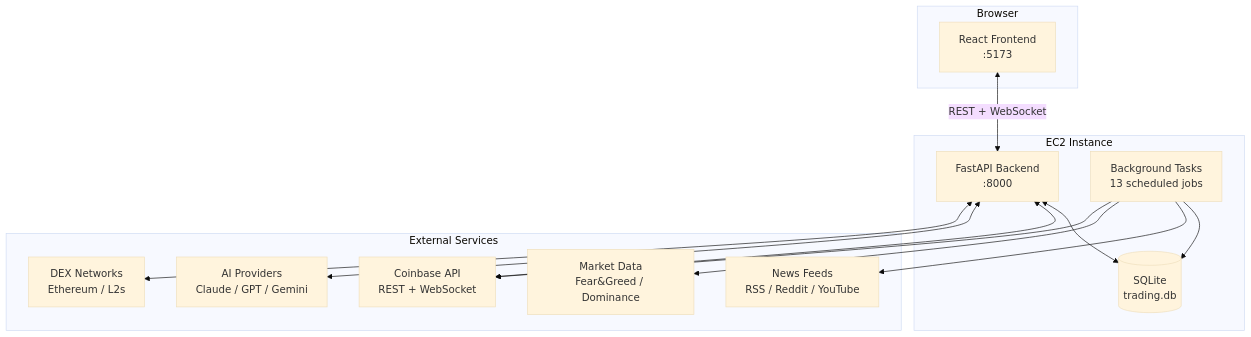
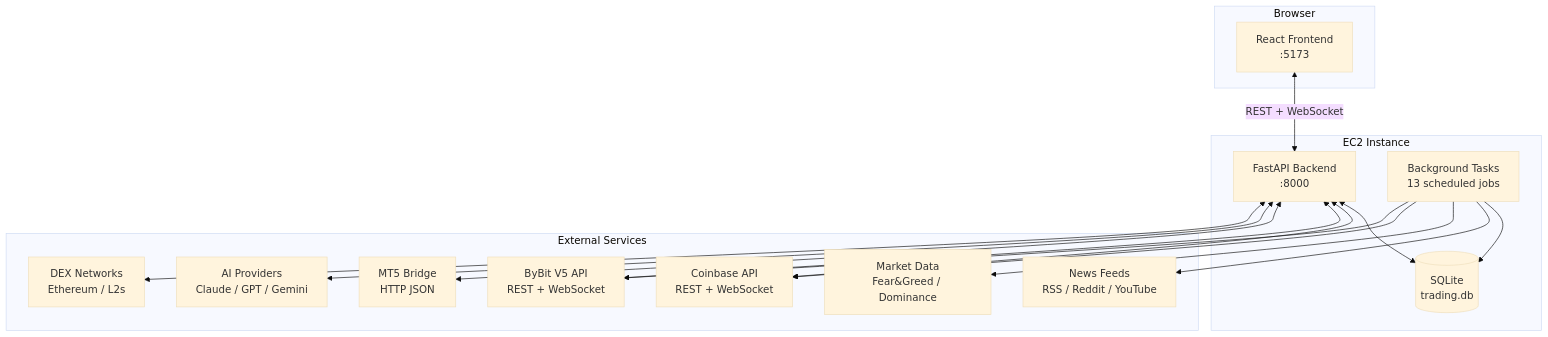
Before and after one commit to lromero74/ZenithGrid: the first of 5 diagrams in docs/ARCHITECTURE.md, drawn with Mermaid (base theme). The commit also changed other lines of this file and 1 other file, not shown here.

First line of the commit message:
Update architecture docs for multi-exchange support

````diff
--- a/docs/ARCHITECTURE.md
+++ b/docs/ARCHITECTURE.md
@@ -27,30 +27,35 @@
 ```mermaid
 graph TB
     subgraph Browser
         FE[React Frontend<br/>:5173]
     end
 
     subgraph "EC2 Instance"
         BE[FastAPI Backend<br/>:8000]
         DB[(SQLite<br/>trading.db)]
         BG[Background Tasks<br/>13 scheduled jobs]
     end
 
     subgraph "External Services"
         CB[Coinbase API<br/>REST + WebSocket]
+        BB[ByBit V5 API<br/>REST + WebSocket]
+        MT5[MT5 Bridge<br/>HTTP JSON]
         AI[AI Providers<br/>Claude / GPT / Gemini]
         DEX[DEX Networks<br/>Ethereum / L2s]
         NEWS[News Feeds<br/>RSS / Reddit / YouTube]
         MKT[Market Data<br/>Fear&Greed / Dominance]
     end
 
     FE <-->|REST + WebSocket| BE
     BE <--> DB
     BG --> DB
     BE <--> CB
+    BE <--> BB
+    BE <--> MT5
     BE <--> AI
     BE <--> DEX
     BG --> NEWS
     BG --> MKT
     BG --> CB
+    BG --> BB
 ```
````
